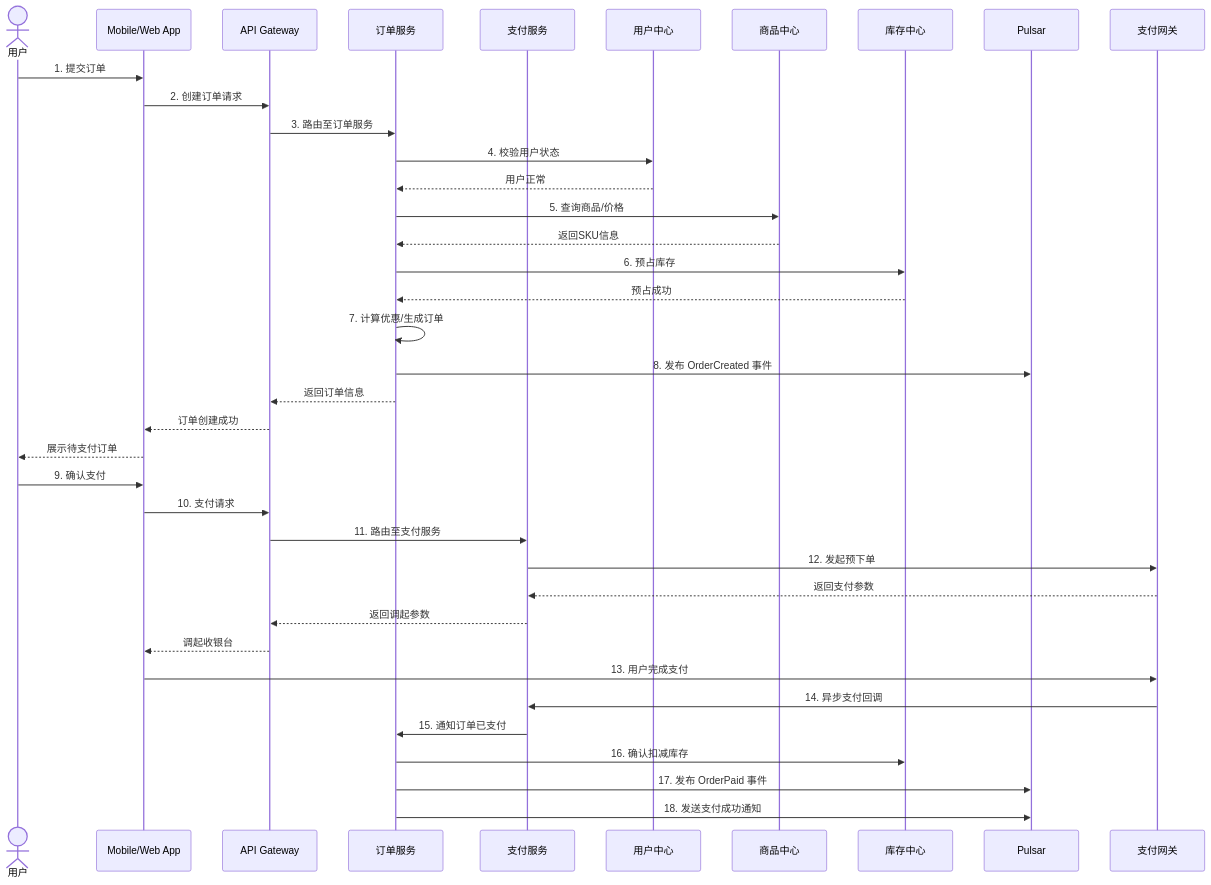
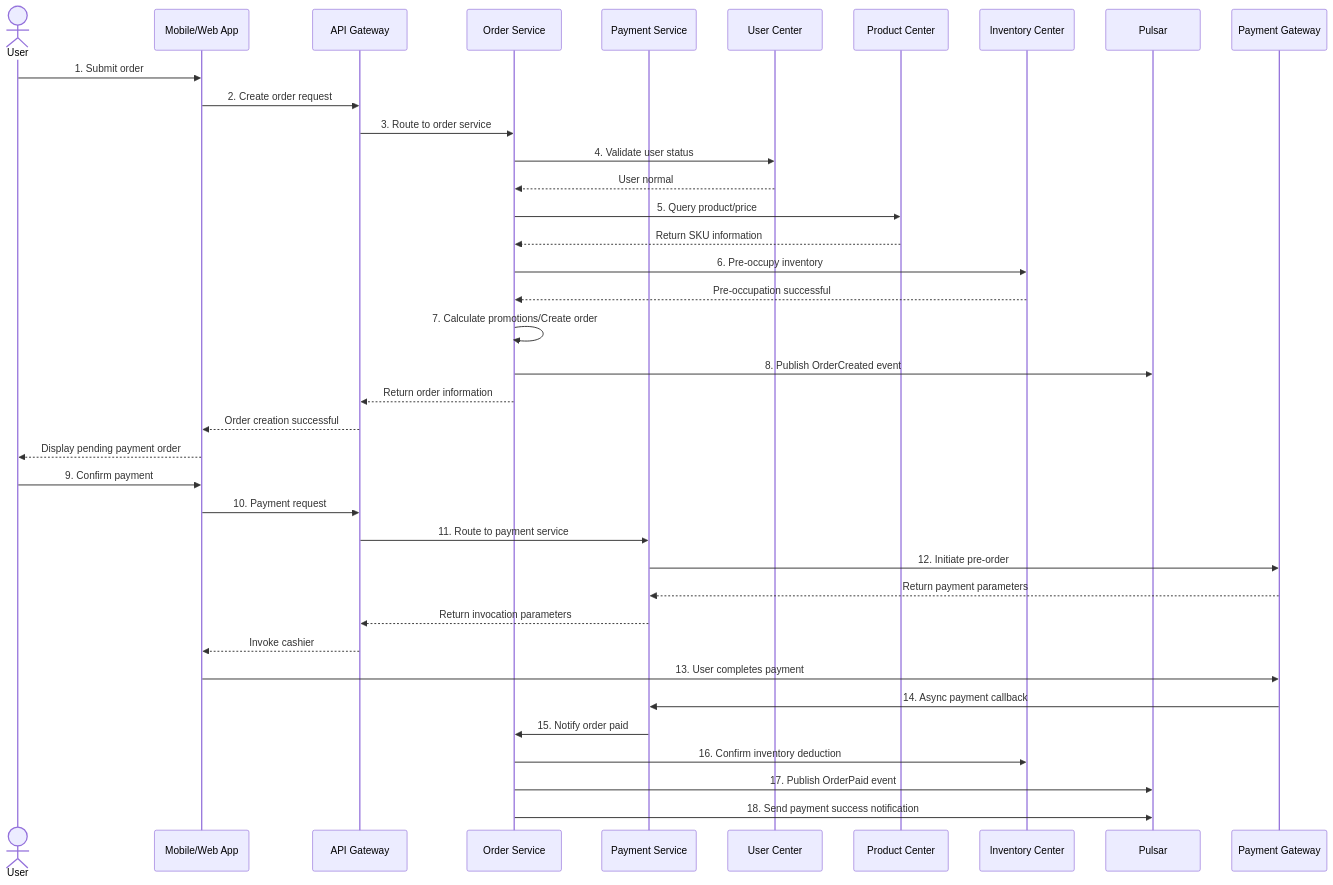
One commit to Kirky-X/cangjie changed the eighth of 15 diagrams in templates/产品/技术层/【模板】架构设计文档.md. Above: the diagram before and after it, drawn with Mermaid. The commit also changed other lines of this file and 60 other files, not shown here.

````diff
--- a/templates/产品/技术层/【模板】架构设计文档.md
+++ b/templates/产品/技术层/【模板】架构设计文档.md
@@ -379,42 +379,42 @@
 ```mermaid
 sequenceDiagram
-    actor U as 用户
+    actor U as User
     participant App as Mobile/Web App
     participant GW as API Gateway
-    participant OS as 订单服务
-    participant PS as 支付服务
-    participant US as 用户中心
-    participant PCS as 商品中心
-    participant ICS as 库存中心
+    participant OS as Order Service
+    participant PS as Payment Service
+    participant US as User Center
+    participant PCS as Product Center
+    participant ICS as Inventory Center
     participant MQ as Pulsar
-    participant Pay as 支付网关
+    participant Pay as Payment Gateway
 
-    U->>App: 1. 提交订单
-    App->>GW: 2. 创建订单请求
-    GW->>OS: 3. 路由至订单服务
-    OS->>US: 4. 校验用户状态
-    US-->>OS: 用户正常
-    OS->>PCS: 5. 查询商品/价格
-    PCS-->>OS: 返回SKU信息
-    OS->>ICS: 6. 预占库存
-    ICS-->>OS: 预占成功
-    OS->>OS: 7. 计算优惠/生成订单
-    OS->>MQ: 8. 发布 OrderCreated 事件
-    OS-->>GW: 返回订单信息
-    GW-->>App: 订单创建成功
-    App-->>U: 展示待支付订单
+    U->>App: 1. Submit order
+    App->>GW: 2. Create order request
+    GW->>OS: 3. Route to order service
+    OS->>US: 4. Validate user status
+    US-->>OS: User normal
+    OS->>PCS: 5. Query product/price
+    PCS-->>OS: Return SKU information
+    OS->>ICS: 6. Pre-occupy inventory
+    ICS-->>OS: Pre-occupation successful
+    OS->>OS: 7. Calculate promotions/Create order
+    OS->>MQ: 8. Publish OrderCreated event
+    OS-->>GW: Return order information
+    GW-->>App: Order creation successful
+    App-->>U: Display pending payment order
 
-    U->>App: 9. 确认支付
-    App->>GW: 10. 支付请求
-    GW->>PS: 11. 路由至支付服务
-    PS->>Pay: 12. 发起预下单
-    Pay-->>PS: 返回支付参数
-    PS-->>GW: 返回调起参数
-    GW-->>App: 调起收银台
-    App->>Pay: 13. 用户完成支付
-    Pay->>PS: 14. 异步支付回调
-    PS->>OS: 15. 通知订单已支付
-    OS->>ICS: 16. 确认扣减库存
-    OS->>MQ: 17. 发布 OrderPaid 事件
-    OS->>MQ: 18. 发送支付成功通知
+    U->>App: 9. Confirm payment
+    App->>GW: 10. Payment request
+    GW->>PS: 11. Route to payment service
+    PS->>Pay: 12. Initiate pre-order
+    Pay-->>PS: Return payment parameters
+    PS-->>GW: Return invocation parameters
+    GW-->>App: Invoke cashier
+    App->>Pay: 13. User completes payment
+    Pay->>PS: 14. Async payment callback
+    PS->>OS: 15. Notify order paid
+    OS->>ICS: 16. Confirm inventory deduction
+    OS->>MQ: 17. Publish OrderPaid event
+    OS->>MQ: 18. Send payment success notification
 ```
````
